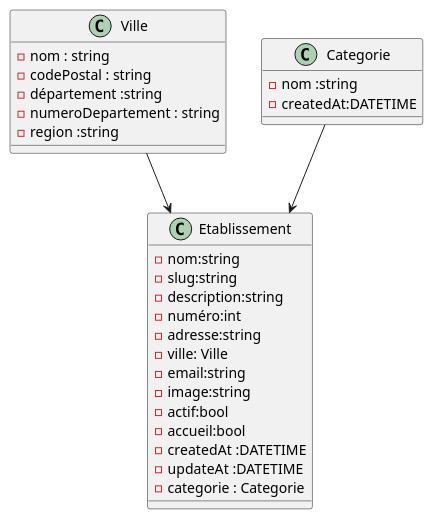
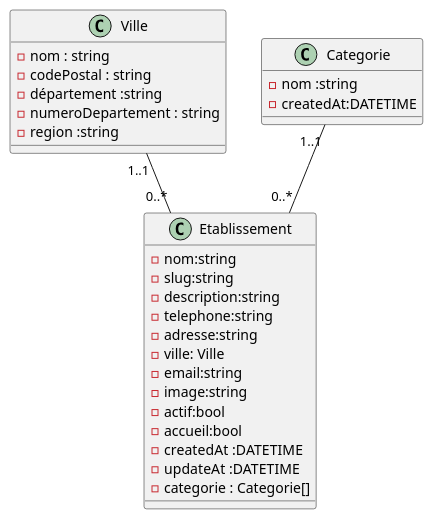
The diagram in documentation/diagramme de class.puml (Zirmo/FC-tourisme), drawn with PlantUML before and after one commit. The commit also changed 19 other files, not shown here.

```diff
--- a/documentation/diagramme de class.puml
+++ b/documentation/diagramme de class.puml
@@ -1,36 +1,37 @@
 @startuml
 
 class Etablissement {
+
     -nom:string
     -slug:string
     -description:string
-    -numéro:int
+    -telephone:string
     -adresse:string
     -ville: Ville
     -email:string
     -image:string
     -actif:bool
     -accueil:bool
     -createdAt :DATETIME
     -updateAt :DATETIME
-    -categorie : Categorie
+    -categorie : Categorie[]
 }
 
 class Ville {
     -nom : string
     -codePostal : string
     -département :string
     -numeroDepartement : string
     -region :string
 }
 
 class Categorie{
     -nom :string
     -createdAt:DATETIME
 }
 
-Ville --> Etablissement
-Categorie --> Etablissement
+Ville "1..1"-- "0..*" Etablissement
+Categorie "1..1"--"0..*" Etablissement
 
 
-@enduml
+@endum
```
